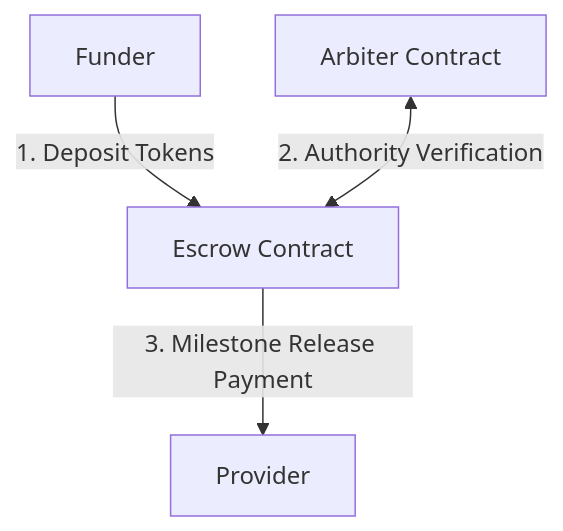
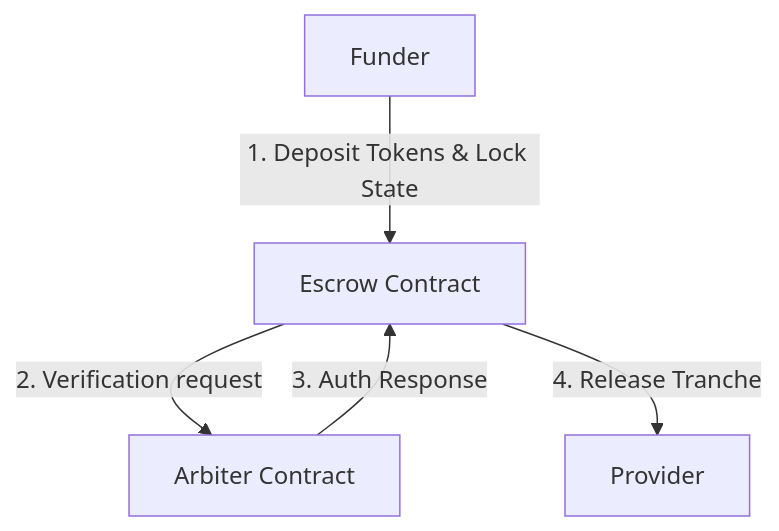
Before and after one commit to adityaboora5757-afk/Stellarorg: the diagram in README.md, drawn with Mermaid. The commit also changed other lines of this file, not shown here.

````diff
--- a/README.md
+++ b/README.md
@@ -33,6 +18,7 @@
 ```mermaid
 graph TD
-    F[Funder] -- 1. Deposit Tokens --> E[Escrow Contract]
-    A[Arbiter Contract] <-- 2. Authority Verification --> E
-    E -- 3. Milestone Release Payment --> P[Provider]
+    F[Funder] -- 1. Deposit Tokens & Lock State --> E[Escrow Contract]
+    E -- 2. Verification request --> A[Arbiter Contract]
+    A -- 3. Auth Response --> E
+    E -- 4. Release Tranche --> P[Provider]
 ```
````
